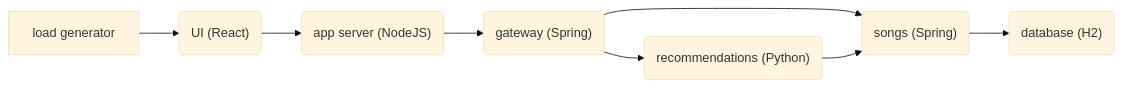
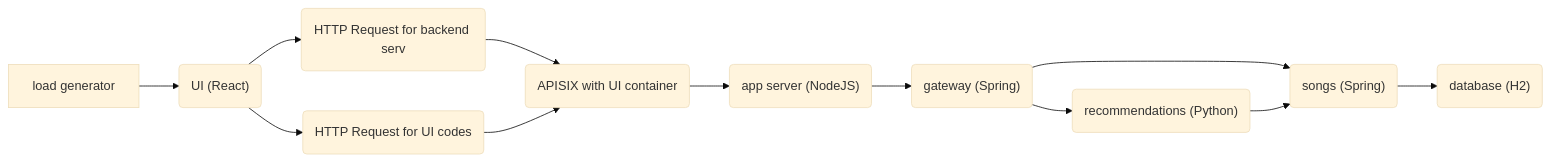
One commit to apache/skywalking-showcase changed the first of 2 diagrams in docs/readme.md. Above: the diagram before and after it, drawn with Mermaid (base theme). The commit also changed other lines of this file and 36 other files, not shown here.

````diff
--- a/docs/readme.md
+++ b/docs/readme.md
@@ -9,8 +9,10 @@
 ```mermaid
 %% please read this doc in our official website, otherwise the graph is not correctly rendered.
 graph LR;
-  loadgen[load generator] --> ui("UI (React)") --> app("app server (NodeJS)") --> gateway("gateway (Spring)");
+  loadgen[load generator] --> ui("UI (React)") --> Traffic1("HTTP Request for backend serv") -->  apisix("APISIX as UI container")
+ --> app("app server (NodeJS)") --> gateway("gateway (Spring)");
+  ui("UI (React)") --> Traffic2("HTTP Request for UI codes") --> apisix("APISIX with  UI container")
   gateway --> songs("songs (Spring)") & rcmd("recommendations (Python)");
   rcmd --> songs;
   songs --> db("database (H2)");
 ```
````
